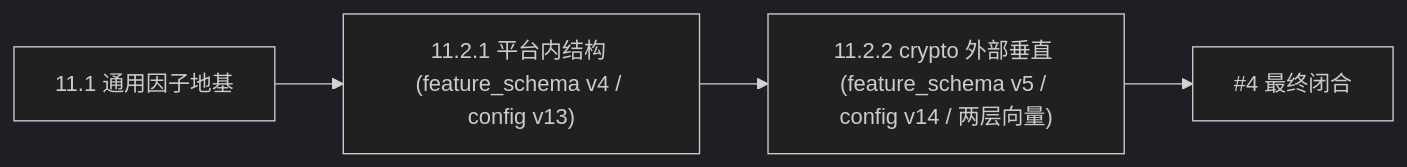
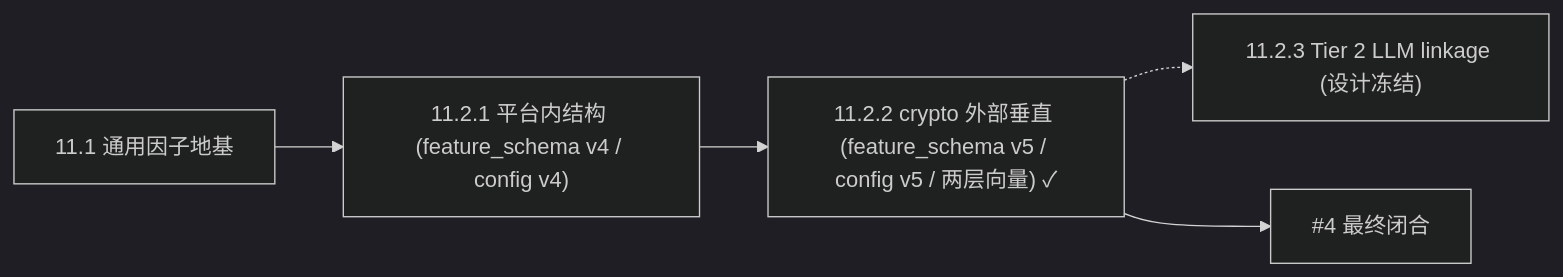
One commit to solomon-ssy/oxide-arb changed the diagram in docs/plans/quant-pivot/phase-11/11.2-polymarket-vertical-alpha.md. Above: the diagram before and after it, drawn with Mermaid (dark theme). The commit also changed other lines of this file and 176 other files, not shown here.

Commit message:
feat(api,core,research,models,repository,storage,web,docs): 🪙 Phase 11.2.2 — crypto domain ingest, tier0/1 market linkage, and Binance PIT pipeline

````diff
--- a/docs/plans/quant-pivot/phase-11/11.2-polymarket-vertical-alpha.md
+++ b/docs/plans/quant-pivot/phase-11/11.2-polymarket-vertical-alpha.md
@@ -23,6 +27,7 @@
 ```mermaid
 flowchart LR
-  P111["11.1 通用因子地基"] --> P1121["11.2.1 平台内结构 (feature_schema v4 / config v13)"]
-  P1121 --> P1122["11.2.2 crypto 外部垂直 (feature_schema v5 / config v14 / 两层向量)"]
+  P111["11.1 通用因子地基"] --> P1121["11.2.1 平台内结构 (feature_schema v4 / config v4)"]
+  P1121 --> P1122["11.2.2 crypto 外部垂直 (feature_schema v5 / config v5 / 两层向量) ✓"]
+  P1122 -.-> P1123["11.2.3 Tier 2 LLM linkage (设计冻结)"]
   P1122 --> DONE["#4 最终闭合"]
 ```
````
